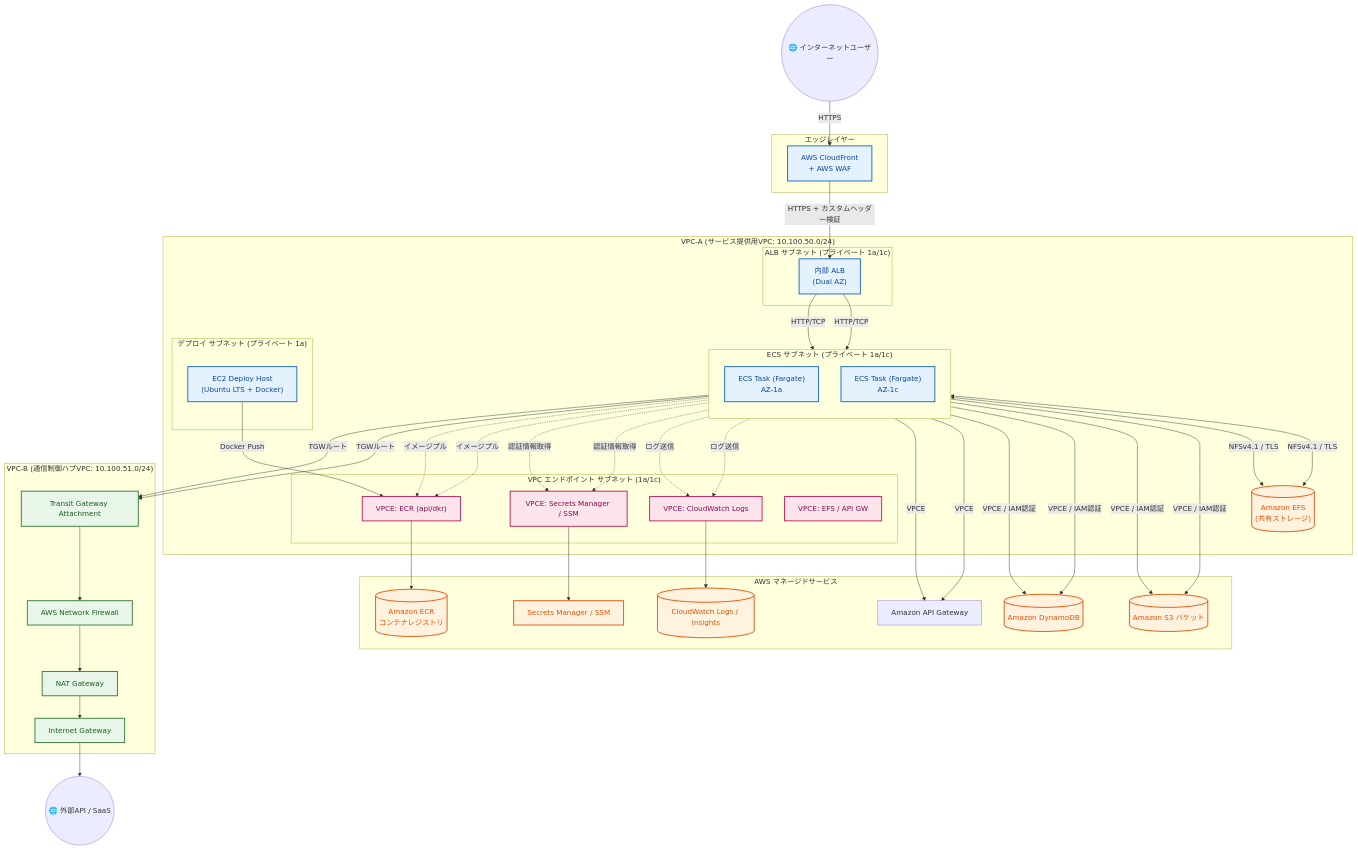
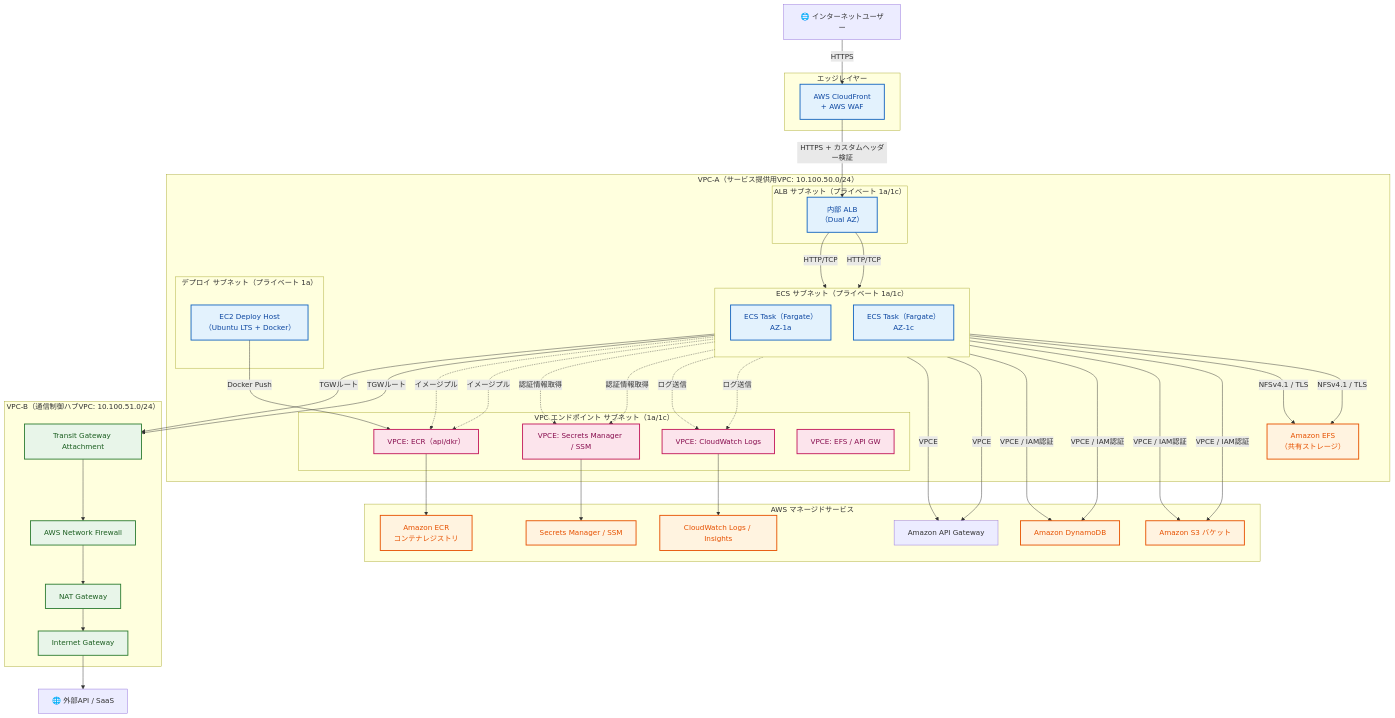
The second of 17 diagrams in AWS：ECS.md (hide104y/markdown), drawn with Mermaid before and after one commit. The commit also changed other lines of this file, not shown here.

Commit message:
GitHubのMermaidパーサーとの互換性考慮（その２）

````diff
--- a/AWS：ECS.md
+++ b/AWS：ECS.md
@@ -133,46 +135,46 @@
 ```mermaid
 flowchart TB
-    InternetUser(("🌐 インターネットユーザー"))
+    InternetUser["🌐 インターネットユーザー"]
     
     subgraph EdgeLayer ["エッジレイヤー"]
         CF["AWS CloudFront<br>+ AWS WAF"]
     end
 
-    subgraph VPCA ["VPC-A (サービス提供用VPC: 10.100.50.0/24)"]
-        subgraph SubnetALB ["ALB サブネット (プライベート 1a/1c)"]
-            ALB["内部 ALB<br>(Dual AZ)"]
+    subgraph VPCA ["VPC-A（サービス提供用VPC: 10.100.50.0/24）"]
+        subgraph SubnetALB ["ALB サブネット（プライベート 1a/1c）"]
+            ALB["内部 ALB<br>（Dual AZ）"]
         end
 
-        subgraph SubnetECS ["ECS サブネット (プライベート 1a/1c)"]
+        subgraph SubnetECS ["ECS サブネット（プライベート 1a/1c）"]
             direction TB
-            ECS1["ECS Task (Fargate)<br>AZ-1a"]
-            ECS2["ECS Task (Fargate)<br>AZ-1c"]
+            ECS1["ECS Task（Fargate）<br>AZ-1a"]
+            ECS2["ECS Task（Fargate）<br>AZ-1c"]
         end
 
-        subgraph SubnetEC2 ["デプロイ サブネット (プライベート 1a)"]
-            EC2Deploy["EC2 Deploy Host<br>(Ubuntu LTS + Docker)"]
+        subgraph SubnetEC2 ["デプロイ サブネット（プライベート 1a）"]
+            EC2Deploy["EC2 Deploy Host<br>（Ubuntu LTS + Docker）"]
         end
 
-        subgraph SubnetVPCE ["VPC エンドポイント サブネット (1a/1c)"]
-            VPCE_ECR["VPCE: ECR (api/dkr)"]
+        subgraph SubnetVPCE ["VPC エンドポイント サブネット（1a/1c）"]
+            VPCE_ECR["VPCE: ECR（api/dkr）"]
             VPCE_CW["VPCE: CloudWatch Logs"]
             VPCE_SEC["VPCE: Secrets Manager / SSM"]
             VPCE_EFS["VPCE: EFS / API GW"]
         end
 
-        EFS[("Amazon EFS<br>(共有ストレージ)")]
+        EFS["Amazon EFS<br>（共有ストレージ）"]
     end
 
     subgraph AWS_Managed_Services ["AWS マネージドサービス"]
-        ECR[("Amazon ECR<br>コンテナレジストリ")]
-        S3[("Amazon S3 バケット")]
-        DDB[("Amazon DynamoDB")]
+        ECR["Amazon ECR<br>コンテナレジストリ"]
+        S3["Amazon S3 バケット"]
+        DDB["Amazon DynamoDB"]
         APIGW["Amazon API Gateway"]
-        CW[("CloudWatch Logs / Insights")]
+        CW["CloudWatch Logs / Insights"]
         SM["Secrets Manager / SSM"]
     end
 
-    subgraph VPCB ["VPC-B (通信制御ハブVPC: 10.100.51.0/24)"]
+    subgraph VPCB ["VPC-B（通信制御ハブVPC: 10.100.51.0/24）"]
         TGW_B["Transit Gateway Attachment"]
         NFW["AWS Network Firewall"]
         NATGW["NAT Gateway"]
@@ -186,8 +188,8 @@
     ALB -->|"HTTP/TCP"| ECS2
 
     %% 内部連携フロー
-    ECS1 <-->|"NFSv4.1 / TLS"| EFS
-    ECS2 <-->|"NFSv4.1 / TLS"| EFS
+    ECS1 -->|"NFSv4.1 / TLS"| EFS
+    ECS2 -->|"NFSv4.1 / TLS"| EFS
     ECS1 -->|"VPCE / IAM認証"| S3
     ECS2 -->|"VPCE / IAM認証"| S3
     ECS1 -->|"VPCE / IAM認証"| DDB
@@ -213,15 +215,15 @@
     TGW_B --> NFW
     NFW --> NATGW
     NATGW --> IGW
-    IGW --> ExternalInternet(("🌐 外部API / SaaS"))
+    IGW --> ExternalInternet["🌐 外部API / SaaS"]
 
-    classDef aws fill:#e3f2fd,stroke:#1565c0,stroke-width:2px,color:#0d47a1;
-    classDef storage fill:#fff3e0,stroke:#e65100,stroke-width:2px,color:#e65100;
-    classDef net fill:#e8f5e9,stroke:#2e7d32,stroke-width:2px,color:#1b5e20;
-    classDef sec fill:#fce4ec,stroke:#c2185b,stroke-width:2px,color:#880e4f;
+    classDef aws fill:#e3f2fd,stroke:#1565c0,stroke-width:2px,color:#0d47a1
+    classDef storage fill:#fff3e0,stroke:#e65100,stroke-width:2px,color:#e65100
+    classDef net fill:#e8f5e9,stroke:#2e7d32,stroke-width:2px,color:#1b5e20
+    classDef sec fill:#fce4ec,stroke:#c2185b,stroke-width:2px,color:#880e4f
 
-    class CF,ALB,ECS1,ECS2,EC2Deploy aws;
-    class EFS,ECR,S3,DDB,CW,SM storage;
-    class NFW,NATGW,IGW,TGW_B net;
-    class VPCE_ECR,VPCE_CW,VPCE_SEC,VPCE_EFS sec;
+    class CF,ALB,ECS1,ECS2,EC2Deploy aws
+    class EFS,ECR,S3,DDB,CW,SM storage
+    class NFW,NATGW,IGW,TGW_B net
+    class VPCE_ECR,VPCE_CW,VPCE_SEC,VPCE_EFS sec
 ```
````
